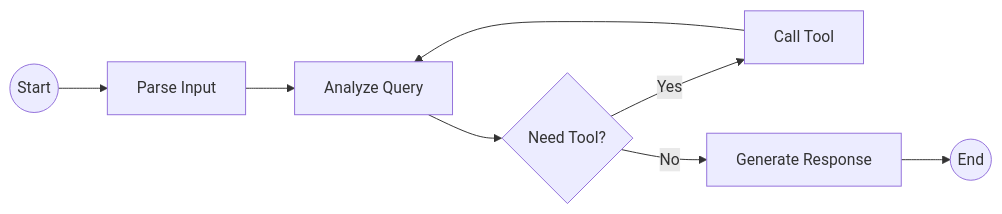
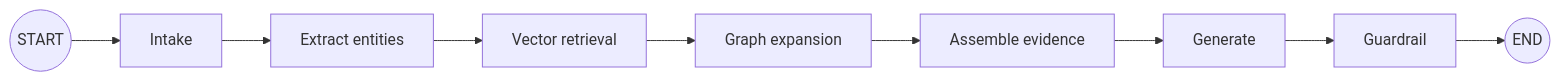
The second of 2 diagrams in docs/architecture_diagram.md (HOANGQUANGMINH371195/TEAM_GENIUS), drawn with Mermaid before and after one commit. The commit also changed other lines of this file and 39 other files, not shown here.

Commit message:
feat: add Supabase GraphRAG and frontend scaffold

````diff
--- a/docs/architecture_diagram.md
+++ b/docs/architecture_diagram.md
@@ -18,10 +17,11 @@
 ```mermaid
 graph LR
-    START((Start)) --> Input[Parse Input]
-    Input --> Analyze[Analyze Query]
-    Analyze --> Decide{Need Tool?}
-    Decide -->|Yes| CallTool[Call Tool]
-    CallTool --> Analyze
-    Decide -->|No| Generate[Generate Response]
-    Generate --> END((End))
+    START((START)) --> Intake[Intake]
+    Intake --> Entities[Extract entities]
+    Entities --> Vector[Vector retrieval]
+    Vector --> Graph[Graph expansion]
+    Graph --> Context[Assemble evidence]
+    Context --> Generate[Generate]
+    Generate --> Guardrail[Guardrail]
+    Guardrail --> END((END))
 ```
````
